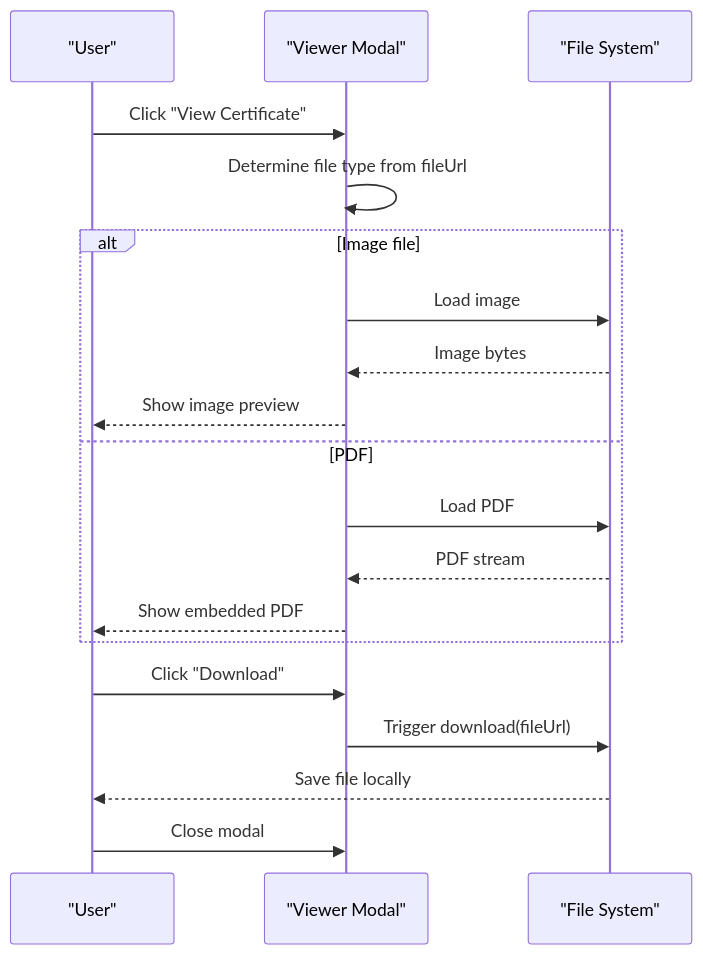
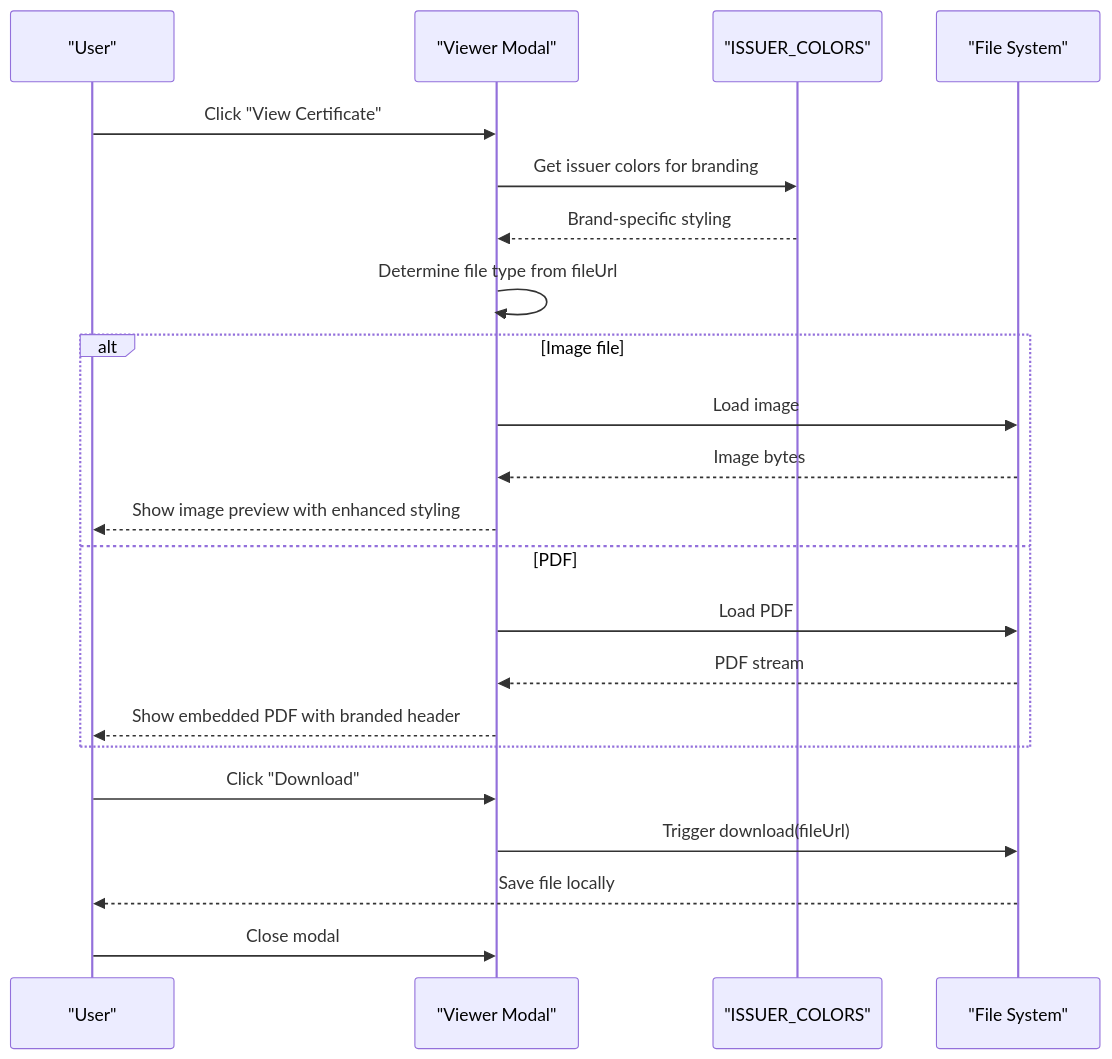
One commit to Gokulnath33/portfolio changed the fifth of 6 diagrams in .qoder/repowiki/en/content/Core Features/Certificates Management.md. Above: the diagram before and after it, drawn with Mermaid. The commit also changed other lines of this file and 34 other files, not shown here.

````diff
--- a/.qoder/repowiki/en/content/Core Features/Certificates Management.md
+++ b/.qoder/repowiki/en/content/Core Features/Certificates Management.md
@@ -207,21 +268,24 @@
 ```mermaid
 sequenceDiagram
 participant U as "User"
 participant V as "Viewer Modal"
+participant Colors as "ISSUER_COLORS"
 participant F as "File System"
 U->>V : Click "View Certificate"
+V->>Colors : Get issuer colors for branding
+Colors-->>V : Brand-specific styling
 V->>V : Determine file type from fileUrl
 alt Image file
 V->>F : Load image
 F-->>V : Image bytes
-V-->>U : Show image preview
+V-->>U : Show image preview with enhanced styling
 else PDF
 V->>F : Load PDF
 F-->>V : PDF stream
-V-->>U : Show embedded PDF
+V-->>U : Show embedded PDF with branded header
 end
 U->>V : Click "Download"
 V->>F : Trigger download(fileUrl)
 F-->>U : Save file locally
 U->>V : Close modal
 ```
````
